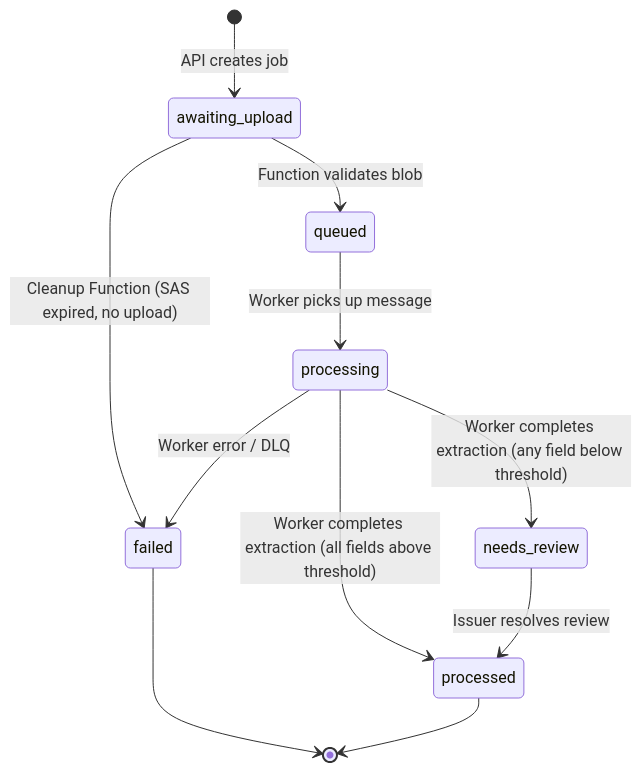
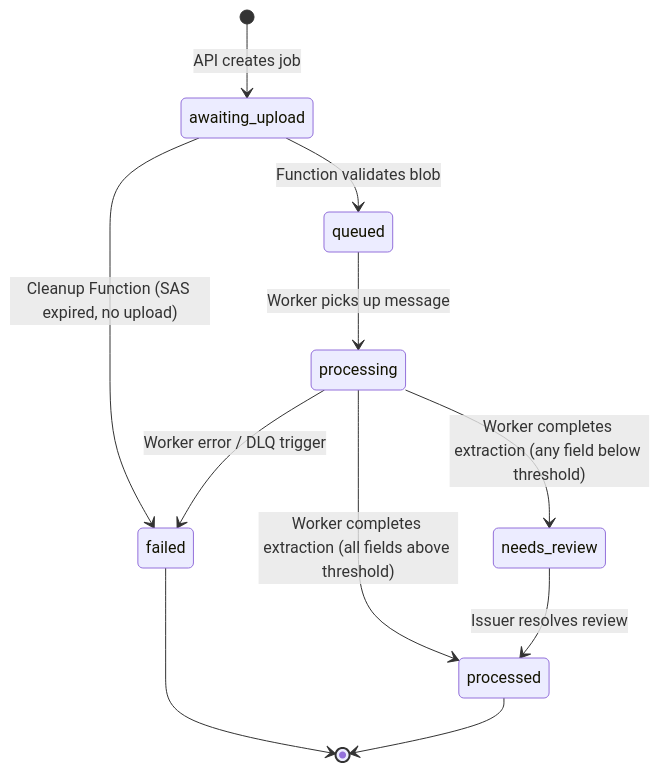
The diagram in docs/CONTRACTS.md (Destroyer795/Credenviel), drawn with Mermaid before and after one commit. The commit also changed other lines of this file and 3 other files, not shown here.

First line of the commit message:
schema, docs: add degree to records schema and resolve all open decisions

````diff
--- a/docs/CONTRACTS.md
+++ b/docs/CONTRACTS.md
@@ -51,13 +52,13 @@
 ```mermaid
 stateDiagram-v2
     [*] --> awaiting_upload : API creates job
     awaiting_upload --> queued : Function validates blob
     awaiting_upload --> failed : Cleanup Function (SAS expired, no upload)
     queued --> processing : Worker picks up message
     processing --> processed : Worker completes extraction (all fields above threshold)
     processing --> needs_review : Worker completes extraction (any field below threshold)
-    processing --> failed : Worker error / DLQ
+    processing --> failed : Worker error / DLQ trigger
     needs_review --> processed : Issuer resolves review
     failed --> [*]
     processed --> [*]
 ```
````
